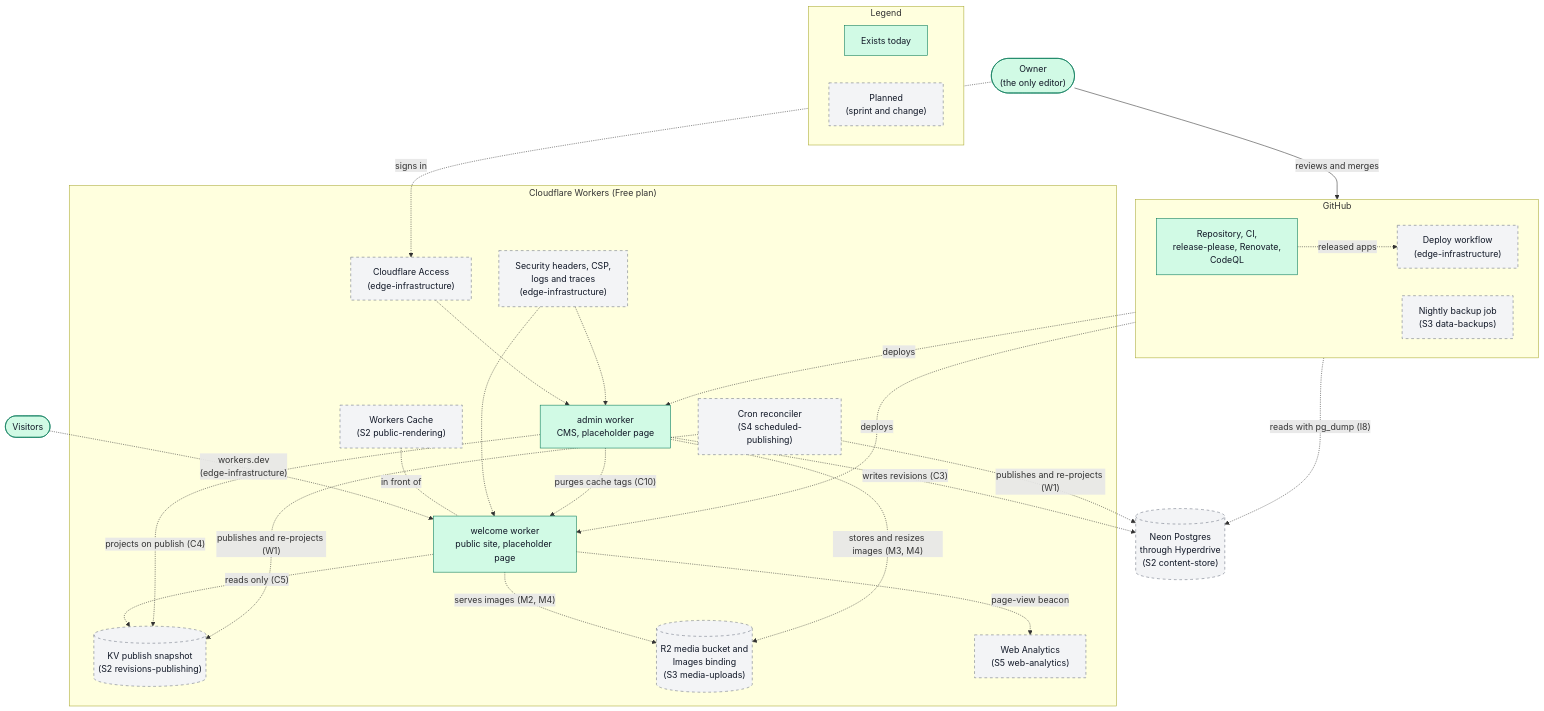
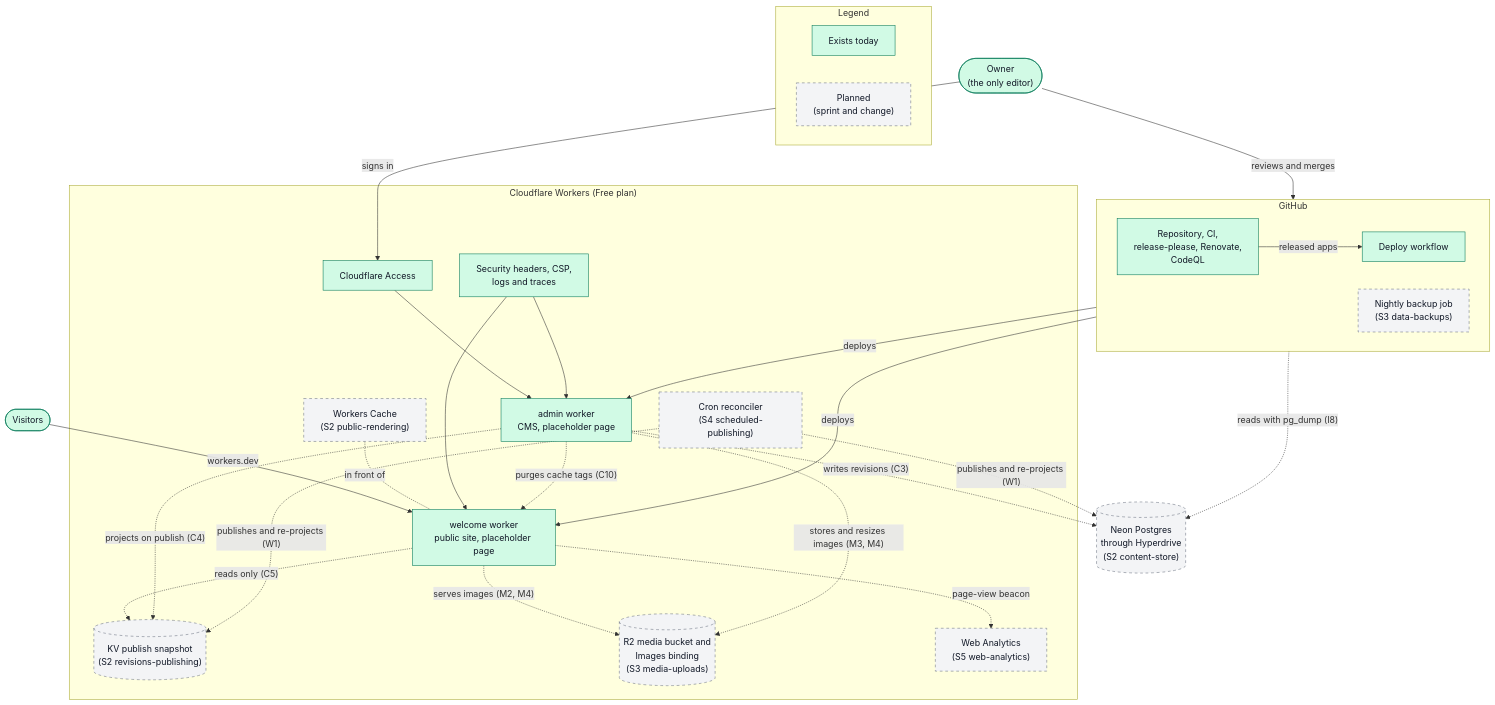
One commit to ycmcuenca/ycmcuenca-core changed the first of 2 diagrams in docs/ARCHITECTURE.md. Above: the diagram before and after it, drawn with Mermaid. The commit also changed other lines of this file and 3 other files, not shown here.

````diff
--- a/docs/ARCHITECTURE.md
+++ b/docs/ARCHITECTURE.md
@@ -30,55 +30,55 @@
 ```mermaid
 flowchart TB
     owner(["Owner<br/>(the only editor)"]):::built
     visitors(["Visitors"]):::built
 
     subgraph legend["Legend"]
         direction LR
         lb["Exists today"]:::built
         lp["Planned<br/>(sprint and change)"]:::planned
     end
 
     subgraph github["GitHub"]
         direction LR
         repo["Repository, CI,<br/>release-please, Renovate,<br/>CodeQL"]:::built
-        deploy["Deploy workflow<br/>(edge-infrastructure)"]:::planned
+        deploy["Deploy workflow"]:::built
         backup["Nightly backup job<br/>(S3 data-backups)"]:::planned
     end
 
     subgraph cf["Cloudflare Workers (Free plan)"]
-        access["Cloudflare Access<br/>(edge-infrastructure)"]:::planned
+        access["Cloudflare Access"]:::built
         cache["Workers Cache<br/>(S2 public-rendering)"]:::planned
         welcome["welcome worker<br/>public site, placeholder page"]:::built
         admin["admin worker<br/>CMS, placeholder page"]:::built
-        edge["Security headers, CSP,<br/>logs and traces<br/>(edge-infrastructure)"]:::planned
+        edge["Security headers, CSP,<br/>logs and traces"]:::built
         kv[("KV publish snapshot<br/>(S2 revisions-publishing)")]:::planned
         r2[("R2 media bucket and<br/>Images binding<br/>(S3 media-uploads)")]:::planned
         cron["Cron reconciler<br/>(S4 scheduled-publishing)"]:::planned
         wa["Web Analytics<br/>(S5 web-analytics)"]:::planned
     end
 
     neon[("Neon Postgres<br/>through Hyperdrive<br/>(S2 content-store)")]:::planned
 
     owner -->|"reviews and merges"| repo
-    repo -.->|"released apps"| deploy
-    deploy -.->|"deploys"| welcome & admin
+    repo -->|"released apps"| deploy
+    deploy -->|"deploys"| welcome & admin
     backup -.->|"reads with pg_dump (I8)"| neon
 
-    visitors -.->|"workers.dev<br/>(edge-infrastructure)"| welcome
+    visitors -->|"workers.dev"| welcome
     cache -.-|"in front of"| welcome
-    owner -.->|"signs in"| access
-    access -.-> admin
-    edge -.-> welcome & admin
+    owner -->|"signs in"| access
+    access --> admin
+    edge --> welcome & admin
 
     welcome -.->|"reads only (C5)"| kv
     welcome -.->|"serves images (M2, M4)"| r2
     welcome -.->|"page-view beacon"| wa
     admin -.->|"writes revisions (C3)"| neon
     admin -.->|"projects on publish (C4)"| kv
     admin -.->|"stores and resizes images (M3, M4)"| r2
     admin -.->|"purges cache tags (C10)"| welcome
     cron -.->|"publishes and re-projects (W1)"| neon & kv
 
     classDef built fill:#d1fae5,stroke:#047857,color:#111827
     classDef planned fill:#f3f4f6,stroke:#6b7280,color:#111827,stroke-dasharray:5 5
 ```
````
